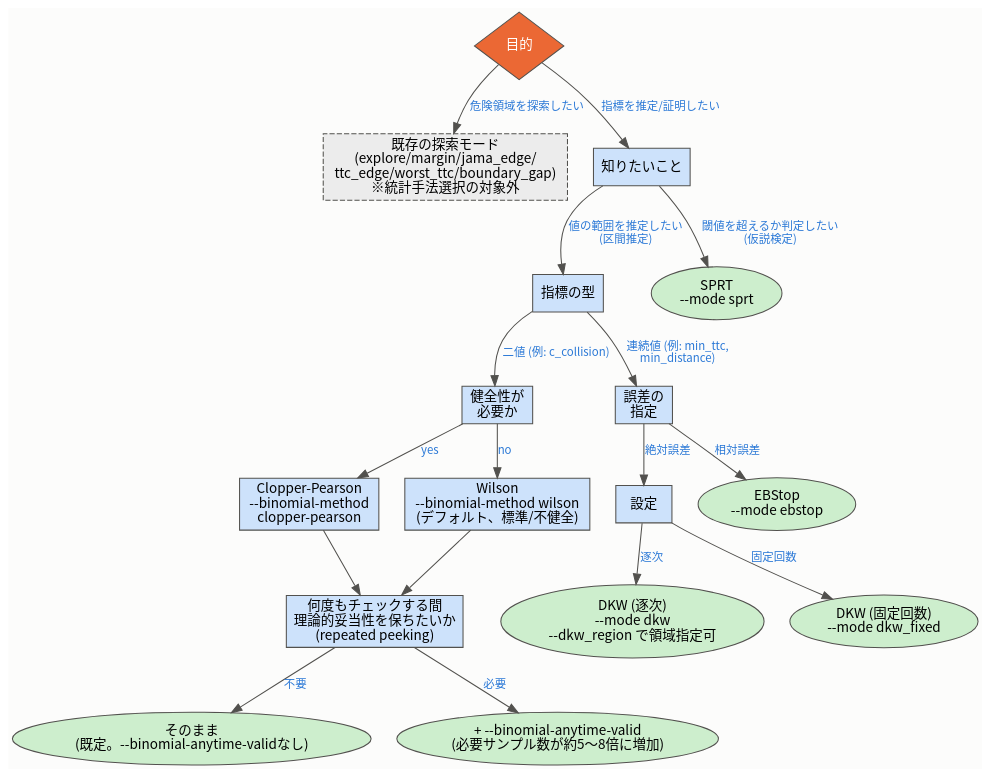
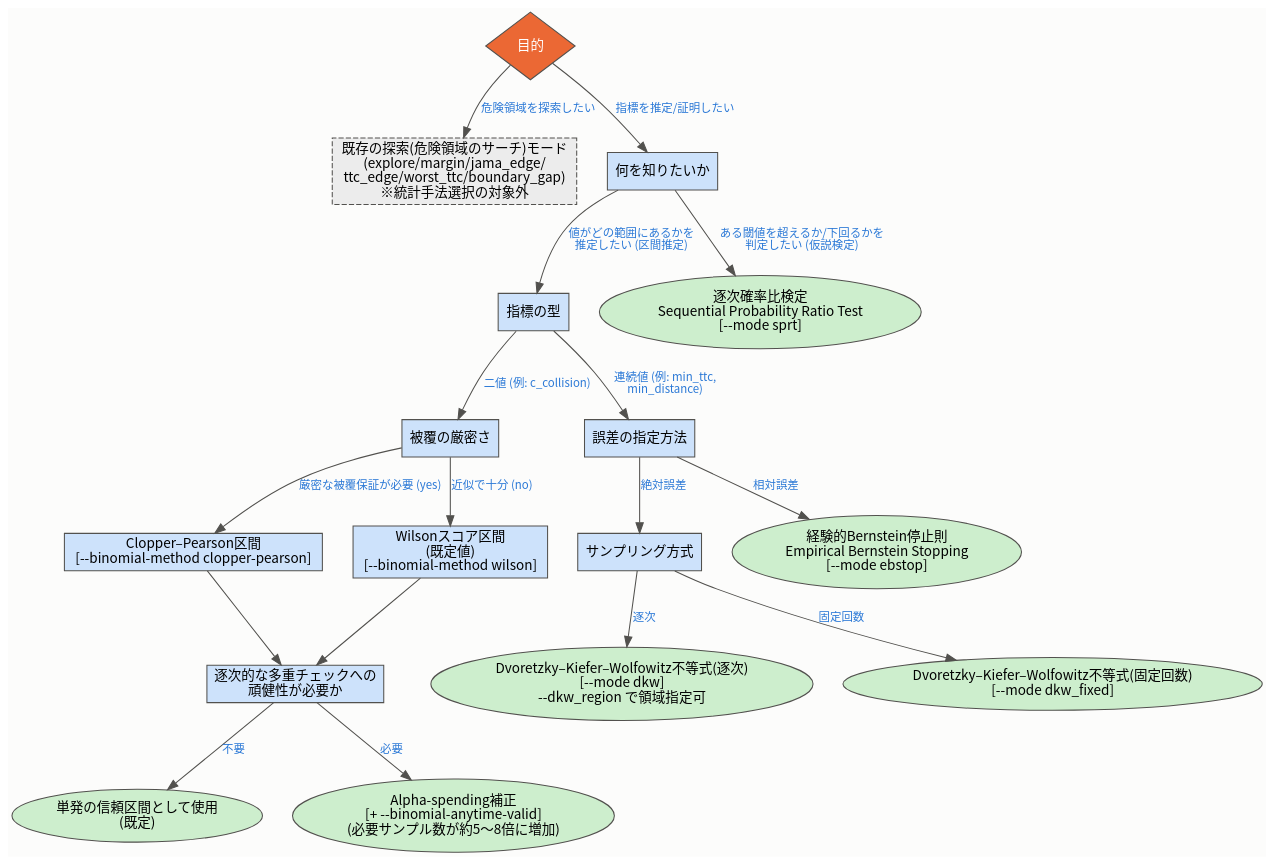
The diagram in docs/diagrams/awsim_tree.dot (zlbhjl/AWSIM_launch), drawn with Graphviz before and after one commit. The commit also changed 4 other files, not shown here.

```diff
--- a/docs/diagrams/awsim_tree.dot
+++ b/docs/diagrams/awsim_tree.dot
@@ -1,47 +1,47 @@
 digraph AWSIMTree {
-  graph [fontname="Noto Sans CJK JP", nodesep=0.35, ranksep=0.55, bgcolor="#fcfcfb"];
+  graph [fontname="Noto Sans CJK JP", nodesep=0.4, ranksep=0.6, bgcolor="#fcfcfb"];
   node [fontname="Noto Sans CJK JP", fontsize=13, style=filled, color="#52514e"];
   edge [fontname="Noto Sans CJK JP", fontsize=11, color="#52514e", fontcolor="#2a78d6"];
 
   purpose [label="目的", shape=diamond, fillcolor="#eb6834", fontcolor=white, width=1.2, height=0.9];
-  explore_note [label="既存の探索モード\n(explore/margin/jama_edge/\nttc_edge/worst_ttc/boundary_gap)\n※統計手法選択の対象外", shape=box, style="filled,dashed", fillcolor="#ececec"];
+  explore_note [label="既存の探索(危険領域のサーチ)モード\n(explore/margin/jama_edge/\nttc_edge/worst_ttc/boundary_gap)\n※統計手法選択の対象外", shape=box, style="filled,dashed", fillcolor="#ececec"];
 
-  goal [label="知りたいこと", shape=box, fillcolor="#cde2fb"];
+  goal [label="何を知りたいか", shape=box, fillcolor="#cde2fb"];
   proptype [label="指標の型", shape=box, fillcolor="#cde2fb"];
-  sound_bin [label="健全性が\n必要か", shape=box, fillcolor="#cde2fb"];
-  errtype [label="誤差の\n指定", shape=box, fillcolor="#cde2fb"];
-  setting [label="設定", shape=box, fillcolor="#cde2fb"];
+  sound_bin [label="被覆の厳密さ", shape=box, fillcolor="#cde2fb"];
+  errtype [label="誤差の指定方法", shape=box, fillcolor="#cde2fb"];
+  setting [label="サンプリング方式", shape=box, fillcolor="#cde2fb"];
+  peeking [label="逐次的な多重チェックへの\n頑健性が必要か", shape=box, fillcolor="#cde2fb"];
 
-  sprt [label="SPRT\n--mode sprt", shape=ellipse, fillcolor="#cdeecd"];
-  clopper [label="Clopper-Pearson\n--binomial-method\nclopper-pearson", shape=box, fillcolor="#cde2fb"];
-  wilson [label="Wilson\n--binomial-method wilson\n(デフォルト、標準/不健全)", shape=box, fillcolor="#cde2fb"];
-  peeking [label="何度もチェックする間\n理論的妥当性を保ちたいか\n(repeated peeking)", shape=box, fillcolor="#cde2fb"];
-  peeking_no [label="そのまま\n(既定。--binomial-anytime-validなし)", shape=ellipse, fillcolor="#cdeecd"];
-  peeking_yes [label="+ --binomial-anytime-valid\n(必要サンプル数が約5〜8倍に増加)", shape=ellipse, fillcolor="#cdeecd"];
-  dkw_seq [label="DKW (逐次)\n--mode dkw\n--dkw_region で領域指定可", shape=ellipse, fillcolor="#cdeecd"];
-  dkw_fixed [label="DKW (固定回数)\n--mode dkw_fixed", shape=ellipse, fillcolor="#cdeecd"];
-  ebstop [label="EBStop\n--mode ebstop", shape=ellipse, fillcolor="#cdeecd"];
+  sprt [label="逐次確率比検定\nSequential Probability Ratio Test\n[--mode sprt]", shape=ellipse, fillcolor="#cdeecd"];
+  clopper [label="Clopper–Pearson区間\n[--binomial-method clopper-pearson]", shape=box, fillcolor="#cde2fb"];
+  wilson [label="Wilsonスコア区間\n(既定値)\n[--binomial-method wilson]", shape=box, fillcolor="#cde2fb"];
+  peeking_no [label="単発の信頼区間として使用\n(既定)", shape=ellipse, fillcolor="#cdeecd"];
+  peeking_yes [label="Alpha-spending補正\n[+ --binomial-anytime-valid]\n(必要サンプル数が約5〜8倍に増加)", shape=ellipse, fillcolor="#cdeecd"];
+  dkw_seq [label="Dvoretzky–Kiefer–Wolfowitz不等式(逐次)\n[--mode dkw]\n--dkw_region で領域指定可", shape=ellipse, fillcolor="#cdeecd"];
+  dkw_fixed [label="Dvoretzky–Kiefer–Wolfowitz不等式(固定回数)\n[--mode dkw_fixed]", shape=ellipse, fillcolor="#cdeecd"];
+  ebstop [label="経験的Bernstein停止則\nEmpirical Bernstein Stopping\n[--mode ebstop]", shape=ellipse, fillcolor="#cdeecd"];
 
   purpose -> explore_note [label="危険領域を探索したい"];
   purpose -> goal [label="指標を推定/証明したい"];
 
-  goal -> sprt [label="閾値を超えるか判定したい\n(仮説検定)"];
-  goal -> proptype [label="値の範囲を推定したい\n(区間推定)"];
+  goal -> sprt [label="ある閾値を超えるか/下回るかを\n判定したい (仮説検定)"];
+  goal -> proptype [label="値がどの範囲にあるかを\n推定したい (区間推定)"];
 
   proptype -> sound_bin [label="二値 (例: c_collision)"];
   proptype -> errtype [label="連続値 (例: min_ttc,\nmin_distance)"];
 
-  sound_bin -> clopper [label="yes"];
-  sound_bin -> wilson [label="no"];
+  sound_bin -> clopper [label="厳密な被覆保証が必要 (yes)"];
+  sound_bin -> wilson [label="近似で十分 (no)"];
 
   clopper -> peeking;
   wilson -> peeking;
   peeking -> peeking_no [label="不要"];
   peeking -> peeking_yes [label="必要"];
 
   errtype -> setting [label="絶対誤差"];
   errtype -> ebstop [label="相対誤差"];
 
   setting -> dkw_seq [label="逐次"];
   setting -> dkw_fixed [label="固定回数"];
 }
```
